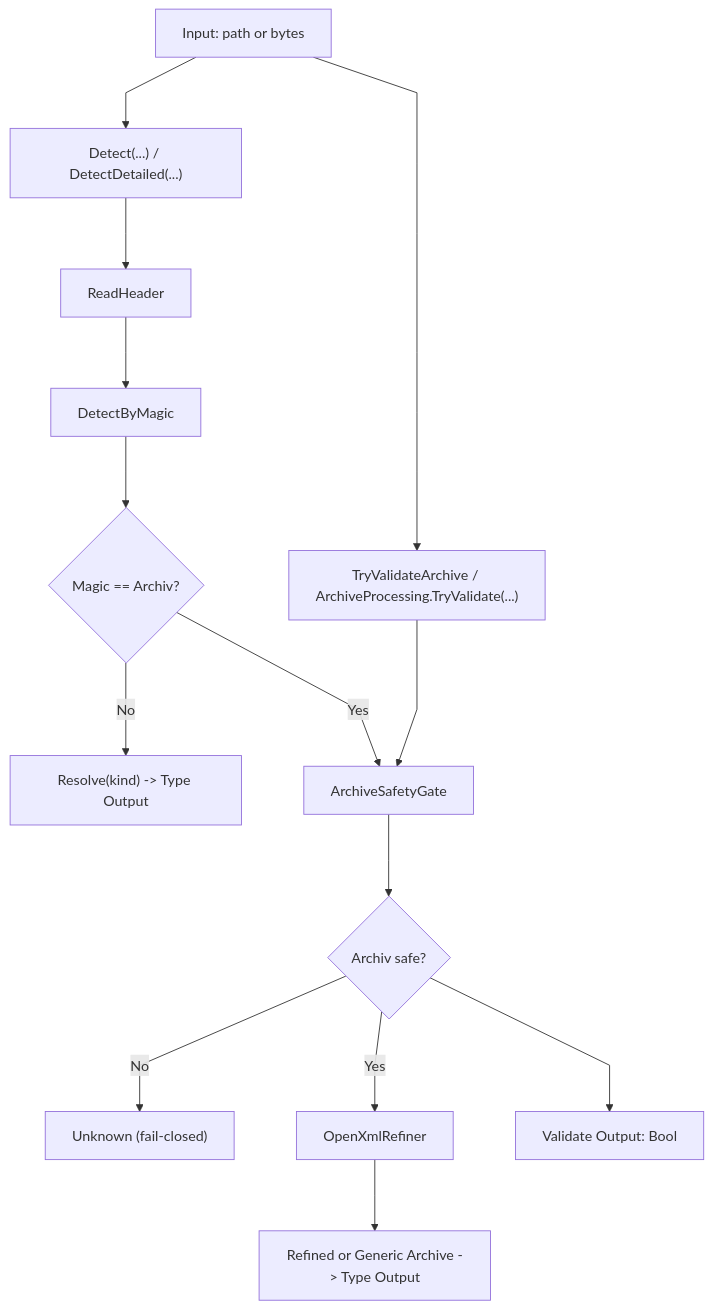
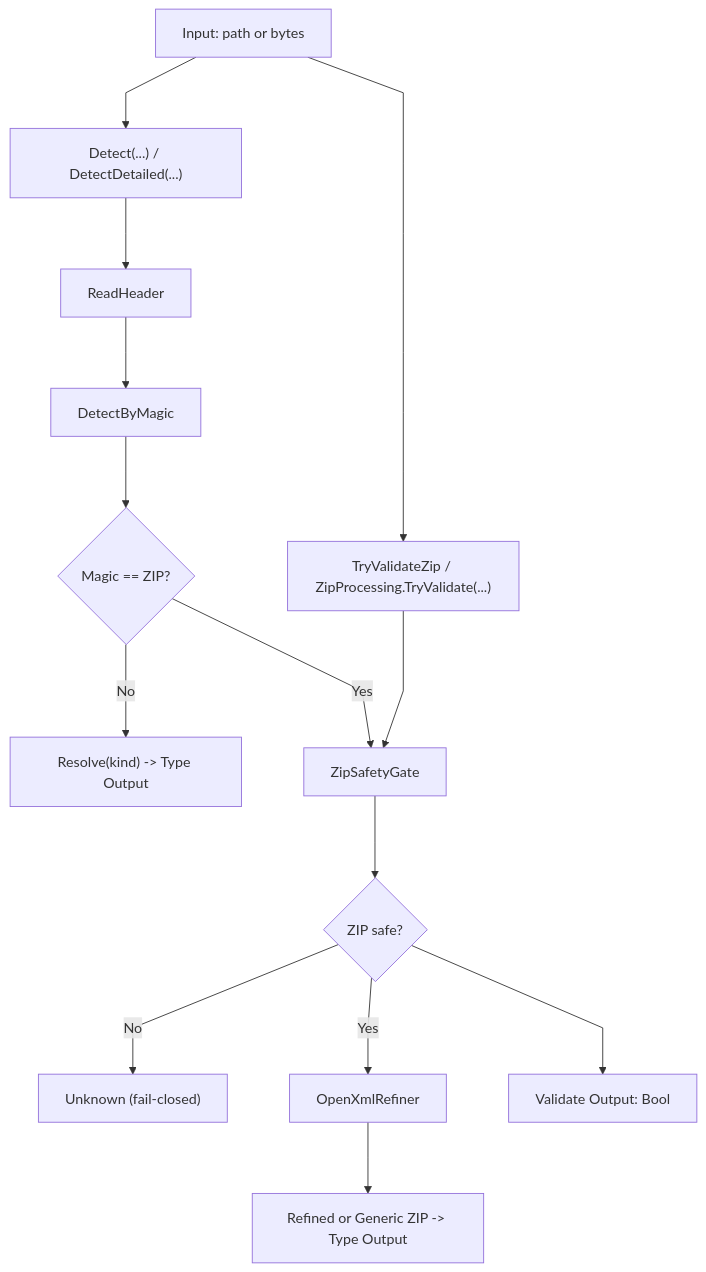
The third of 9 diagrams in docs/02_ARCHITECTURE_AND_FLOWS.md (tomtastisch/FileClassifier), drawn with Mermaid before and after one commit. The commit also changed other lines of this file and 80 other files, not shown here.

````diff
--- a/docs/02_ARCHITECTURE_AND_FLOWS.md
+++ b/docs/02_ARCHITECTURE_AND_FLOWS.md
@@ -114,18 +110,18 @@
 ```mermaid
 %%{init: {"flowchart": {"curve": "linear", "nodeSpacing": 70, "rankSpacing": 80}, "themeVariables": {"fontSize": "16px"}}}%%
 flowchart TD
   I1["Input: path or bytes"] --> D1["Detect(...) / DetectDetailed(...)"]
   D1 --> H1["ReadHeader"]
   H1 --> M1["DetectByMagic"]
-  M1 --> Q1{"Magic == Archiv?"}
+  M1 --> Q1{"Magic == ZIP?"}
 
   Q1 -->|"No"| T1["Resolve(kind) -> Type Output"]
-  Q1 -->|"Yes"| G1["ArchiveSafetyGate"] --> Q2{"Archiv safe?"}
+  Q1 -->|"Yes"| G1["ZipSafetyGate"] --> Q2{"ZIP safe?"}
 
   Q2 -->|"No"| U1["Unknown (fail-closed)"]
-  Q2 -->|"Yes"| R1["OpenXmlRefiner"] --> T2["Refined or Generic Archive -> Type Output"]
+  Q2 -->|"Yes"| R1["OpenXmlRefiner"] --> T2["Refined or Generic ZIP -> Type Output"]
 
-  I1 --> V1["TryValidateArchive / ArchiveProcessing.TryValidate(...)"]
+  I1 --> V1["TryValidateZip / ZipProcessing.TryValidate(...)"]
   V1 --> G1
   Q2 --> V2["Validate Output: Bool"]
 ```
````
